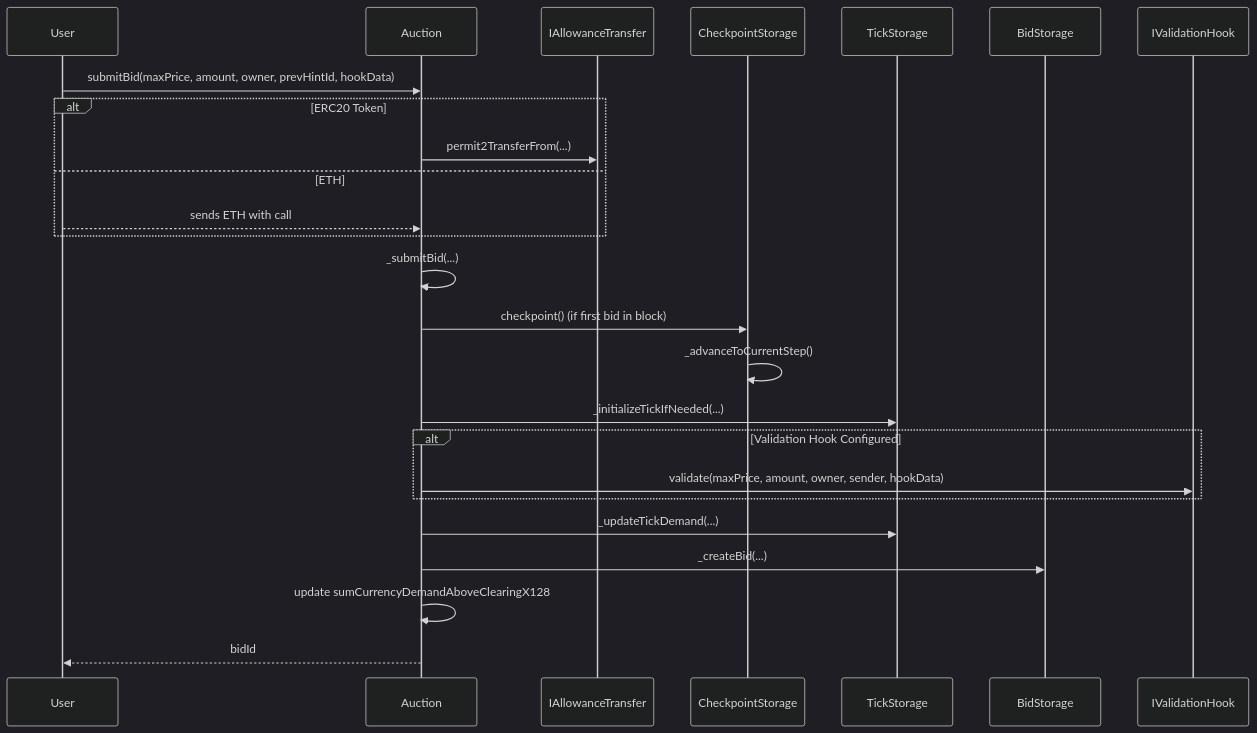
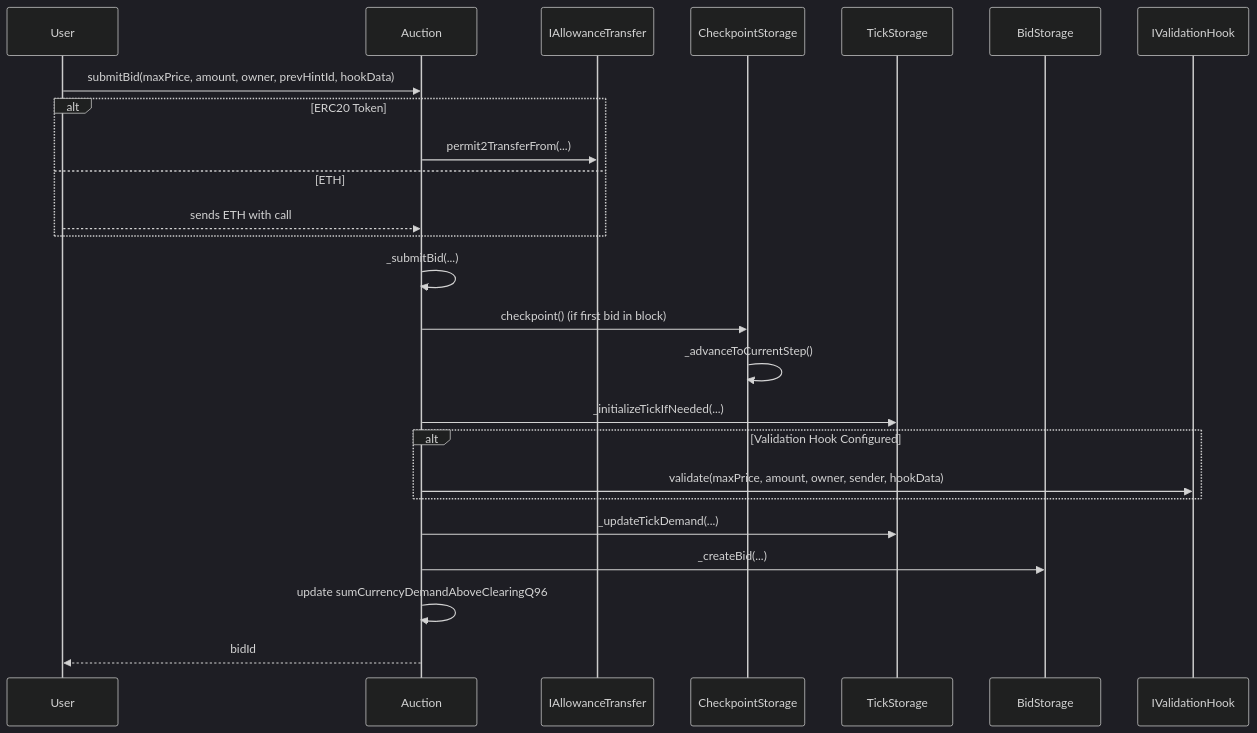
One commit to Uniswap/continuous-clearing-auction changed the fourth of 6 diagrams in README.md. Above: the diagram before and after it, drawn with Mermaid (dark theme). The commit also changed other lines of this file and 20 other files, not shown here.

````diff
--- a/README.md
+++ b/README.md
@@ -575,28 +575,28 @@
 ```mermaid
 sequenceDiagram
     participant User
     participant Auction
     participant IAllowanceTransfer
     participant CheckpointStorage
     participant TickStorage
     participant BidStorage
     participant IValidationHook
 
     User->>Auction: submitBid(maxPrice, amount, owner, prevHintId, hookData)
     alt ERC20 Token
         Auction->>IAllowanceTransfer: permit2TransferFrom(...)
     else ETH
         User-->>Auction: sends ETH with call
     end
     Auction->>Auction: _submitBid(...)
     Auction->>CheckpointStorage: checkpoint() (if first bid in block)
     CheckpointStorage->>CheckpointStorage: _advanceToCurrentStep()
     Auction->>TickStorage: _initializeTickIfNeeded(...)
     alt Validation Hook Configured
         Auction->>IValidationHook: validate(maxPrice, amount, owner, sender, hookData)
     end
     Auction->>TickStorage: _updateTickDemand(...)
     Auction->>BidStorage: _createBid(...)
-    Auction->>Auction: update sumCurrencyDemandAboveClearingX128
+    Auction->>Auction: update sumCurrencyDemandAboveClearingQ96
     Auction-->>User: bidId
 ```
````
